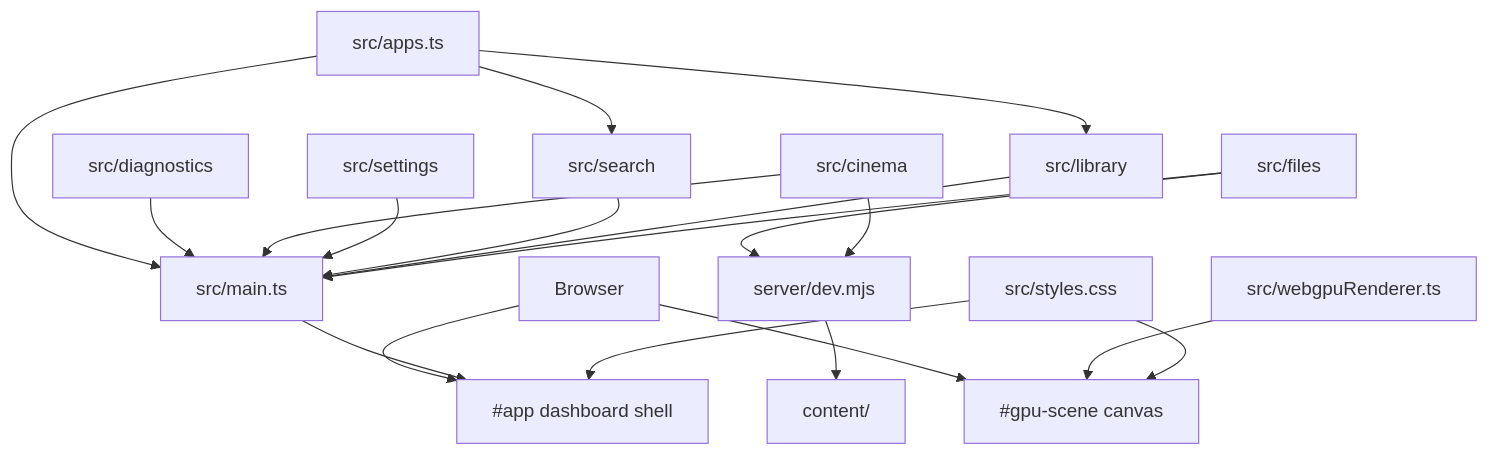
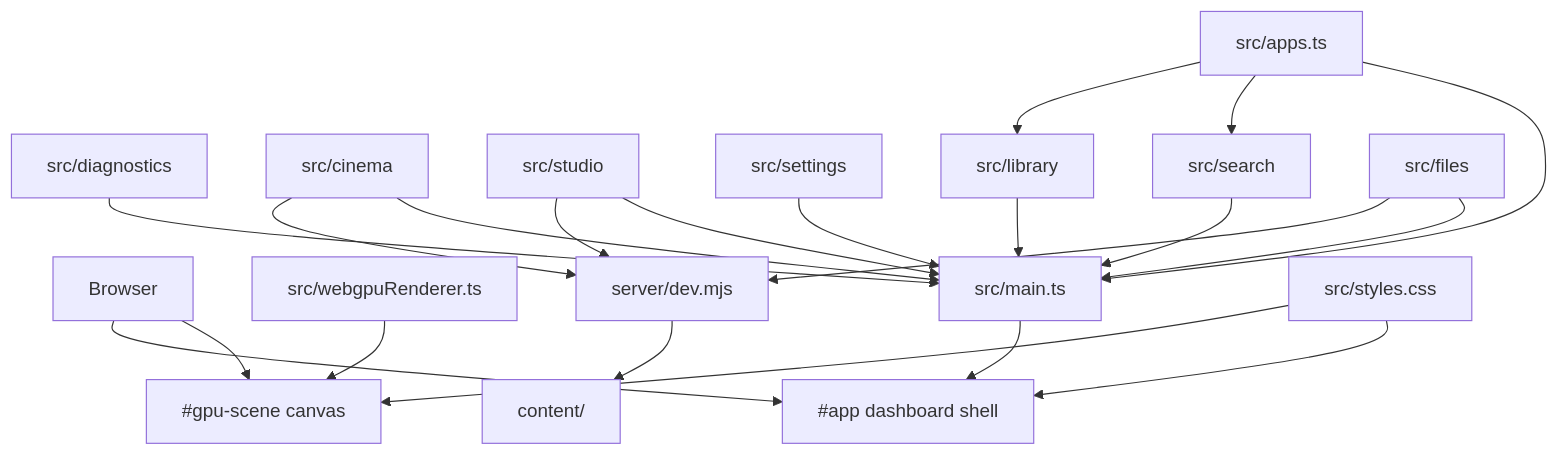
One commit to jost-aaron/nebula changed the diagram in docs/architecture.md. Above: the diagram before and after it, drawn with Mermaid. The commit also changed other lines of this file and 18 other files, not shown here.

````diff
--- a/docs/architecture.md
+++ b/docs/architecture.md
@@ -8,37 +8,40 @@
 ```mermaid
 flowchart TD
   Browser["Browser"]
   Canvas["#gpu-scene canvas"]
   Shell["#app dashboard shell"]
   Renderer["src/webgpuRenderer.ts"]
   Main["src/main.ts"]
   Registry["src/apps.ts"]
   Diagnostics["src/diagnostics"]
   Cinema["src/cinema"]
+  Studio["src/studio"]
   Settings["src/settings"]
   Search["src/search"]
   Library["src/library"]
   Files["src/files"]
   Server["server/dev.mjs"]
   Content["content/"]
   Styles["src/styles.css"]
 
   Browser --> Canvas
   Browser --> Shell
   Renderer --> Canvas
   Main --> Shell
   Registry --> Main
   Diagnostics --> Main
   Cinema --> Main
+  Studio --> Main
   Settings --> Main
   Search --> Main
   Library --> Main
   Files --> Main
   Registry --> Search
   Registry --> Library
   Server --> Content
   Files --> Server
   Cinema --> Server
+  Studio --> Server
   Styles --> Shell
   Styles --> Canvas
 ```
````
